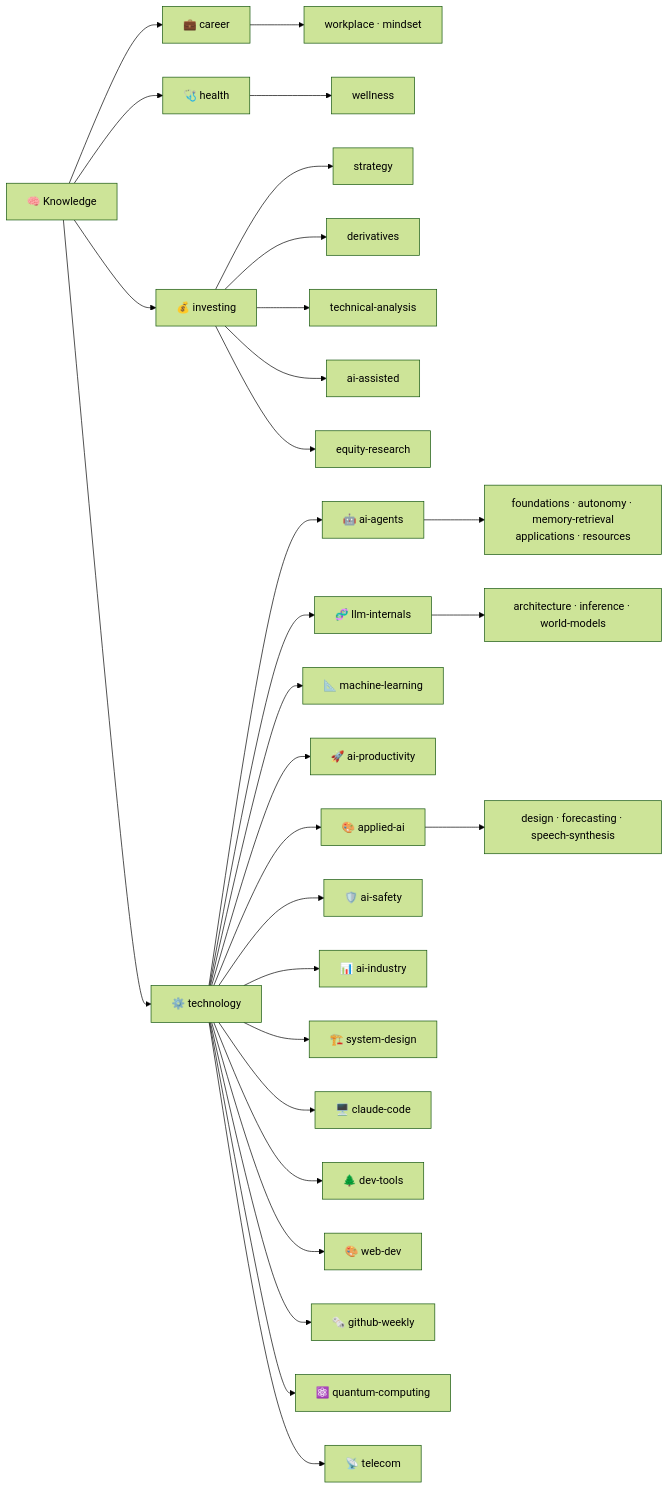
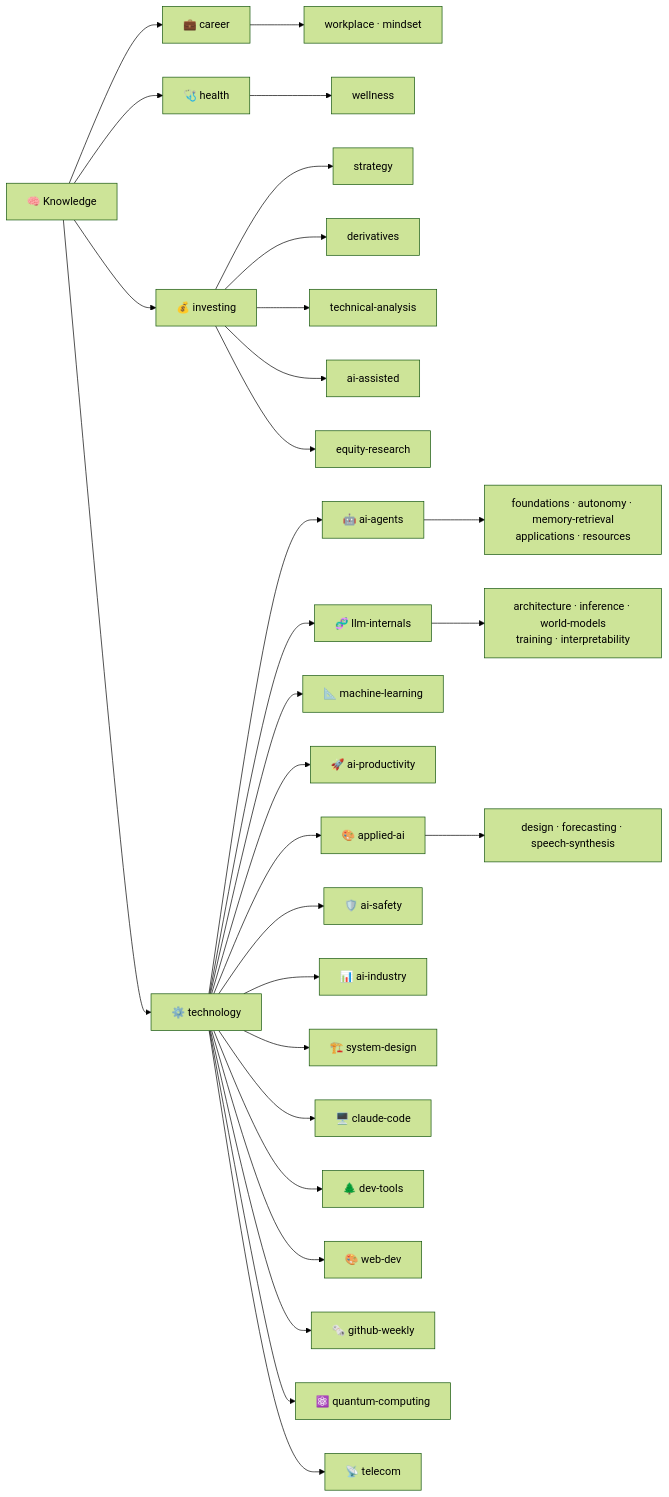
The diagram in README.md (shooter2062424/Knowledge), drawn with Mermaid (forest theme) before and after one commit. The commit also changed other lines of this file and 1 other file, not shown here.

Commit message:
[feat] 新增「J-Space:Claude 全域工作空間」筆記(Anthropic 可解釋性),開 llm-internals/interpretability 中類

````diff
--- a/README.md
+++ b/README.md
@@ -25,31 +25,31 @@
 ```mermaid
 flowchart LR
     K["🧠 Knowledge"] --> I["💰 investing"]
     K --> T["⚙️ technology"]
     K --> C["💼 career"]
     C --> C1["workplace · mindset"]
     K --> H["🩺 health"]
     H --> H1["wellness"]
     I --> I1["strategy"]
     I --> I2["derivatives"]
     I --> I3["technical-analysis"]
     I --> I4["ai-assisted"]
     I --> I5["equity-research"]
     T --> T1["🤖 ai-agents"]
     T --> T2["🧬 llm-internals"]
     T --> T14["📐 machine-learning"]
     T --> T3["🚀 ai-productivity"]
     T --> T4["🎨 applied-ai"]
     T --> T7["🛡️ ai-safety"]
     T --> T9["📊 ai-industry"]
     T --> T10["🏗️ system-design"]
     T --> T8["🖥️ claude-code"]
     T --> T11["🌲 dev-tools"]
     T --> T13["🎨 web-dev"]
     T --> T12["🗞️ github-weekly"]
     T --> T6["⚛️ quantum-computing"]
     T --> T5["📡 telecom"]
     T1 --> T1a["foundations · autonomy · memory-retrieval<br/>applications · resources"]
-    T2 --> T2a["architecture · inference · world-models"]
+    T2 --> T2a["architecture · inference · world-models<br/>training · interpretability"]
     T4 --> T4a["design · forecasting · speech-synthesis"]
 ```
````
